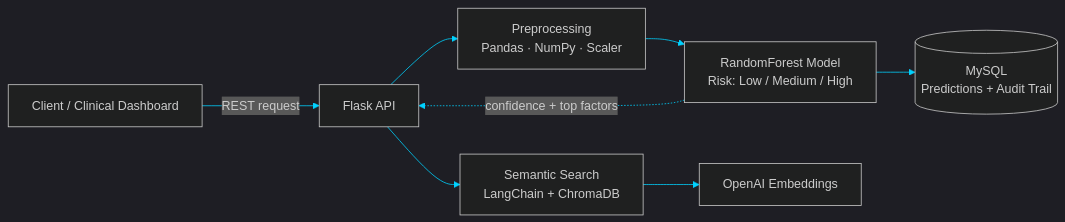
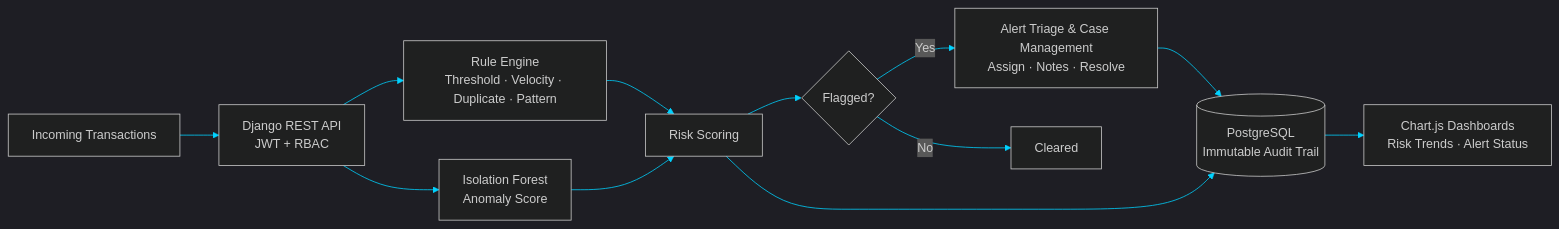
Before and after one commit to punniyam26-hash/punniyam26-hash: the first of 2 diagrams in README.md, drawn with Mermaid. The commit also changed other lines of this file, not shown here.

````diff
--- a/README.md
+++ b/README.md
@@ -96,11 +98,15 @@
 ```mermaid
 %%{init: {'theme':'dark','themeVariables':{'primaryColor':'#1b1f3b','primaryBorderColor':'#7F5AF0','primaryTextColor':'#E6EDF3','lineColor':'#00D2FF','secondaryColor':'#13203a','tertiaryColor':'#0d1117'}}}%%
 flowchart LR
-    A[Client / Clinical Dashboard] -->|REST request| B[Flask API]
-    B --> C[Preprocessing<br/>Pandas · NumPy · Scaler]
-    C --> D[RandomForest Model<br/>Risk: Low / Medium / High]
-    D --> E[(MySQL<br/>Predictions + Audit Trail)]
-    B --> F[Semantic Search<br/>LangChain + ChromaDB]
-    F --> G[OpenAI Embeddings]
-    D -. confidence + top factors .-> B
+    T[Incoming Transactions] --> API[Django REST API<br/>JWT + RBAC]
+    API --> RE[Rule Engine<br/>Threshold · Velocity · Duplicate · Pattern]
+    API --> ML[Isolation Forest<br/>Anomaly Score]
+    RE --> RS[Risk Scoring]
+    ML --> RS
+    RS --> AL{Flagged?}
+    AL -->|Yes| CM[Alert Triage & Case Management<br/>Assign · Notes · Resolve]
+    AL -->|No| OK[Cleared]
+    CM --> AU[(PostgreSQL<br/>Immutable Audit Trail)]
+    RS --> AU
+    AU --> DB[Chart.js Dashboards<br/>Risk Trends · Alert Status]
 ```
````
